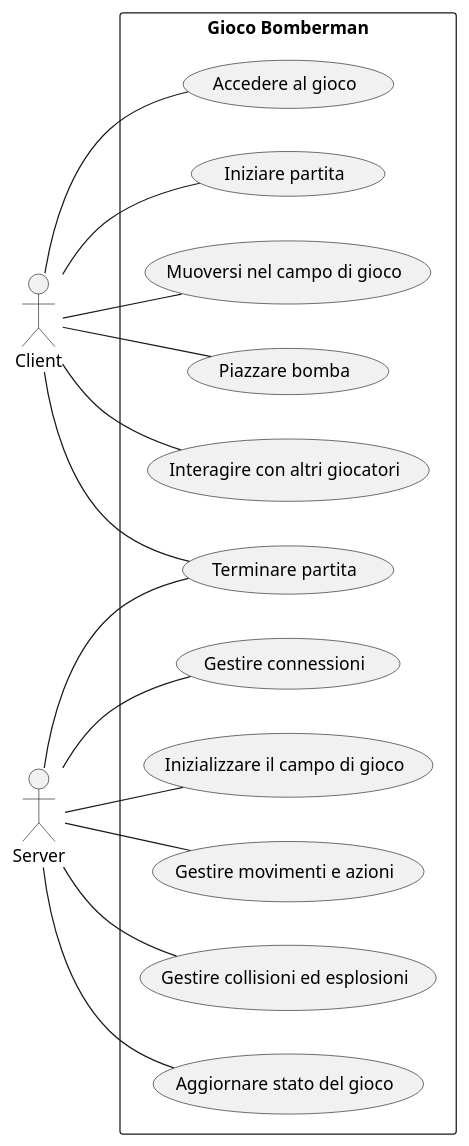
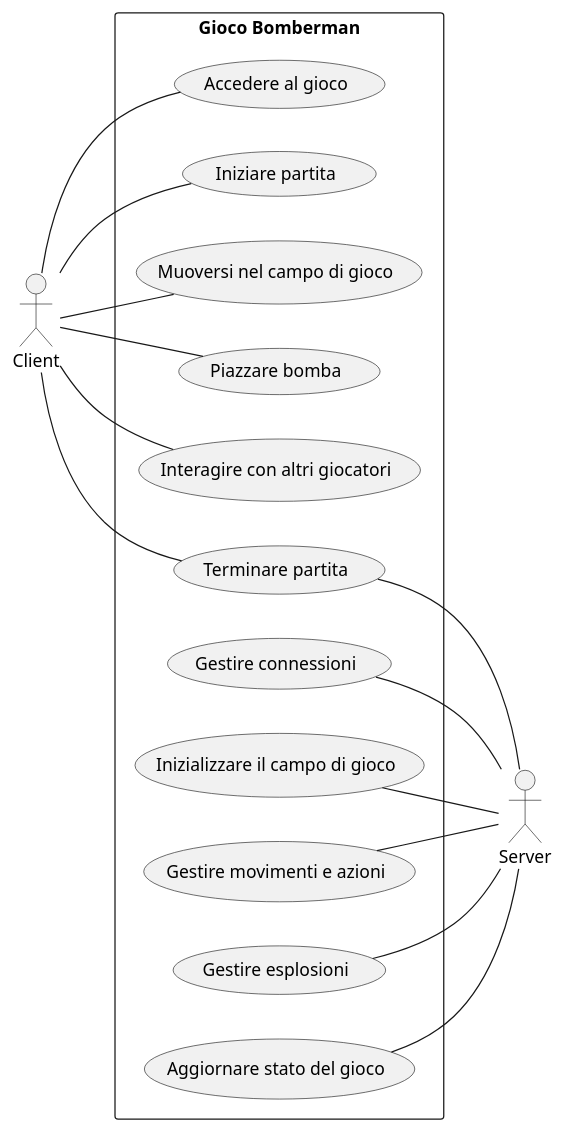
The diagram in documentazione/useCaseDiagram.puml (andredisa/Bomberman), drawn with PlantUML before and after one commit. The commit also changed 4 other files, not shown here.

Commit message:
modifiche dei diagrammi uml

```diff
--- a/documentazione/useCaseDiagram.puml
+++ b/documentazione/useCaseDiagram.puml
@@ -1,25 +1,25 @@
 @startuml
 
 left to right direction
 skinparam packageStyle rectangle
 
 actor "Client" as player
 actor "Server" as server
 
 rectangle "Gioco Bomberman" {
   player -- (Accedere al gioco)
   player -- (Iniziare partita)
   player -- (Muoversi nel campo di gioco)
   player -- (Piazzare bomba)
   player -- (Interagire con altri giocatori)
   player -- (Terminare partita)
 
-  server -- (Gestire connessioni)
-  server -- (Inizializzare il campo di gioco)
-  server -- (Gestire movimenti e azioni)
-  server -- (Gestire collisioni ed esplosioni)
-  server -- (Aggiornare stato del gioco)
-  server -- (Terminare partita)
+  (Gestire connessioni) -- server
+  (Inizializzare il campo di gioco) -- server
+  (Gestire movimenti e azioni) -- server
+  (Gestire esplosioni) -- server
+  (Aggiornare stato del gioco) -- server
+  (Terminare partita) -- server
 }
 
 @enduml
```
